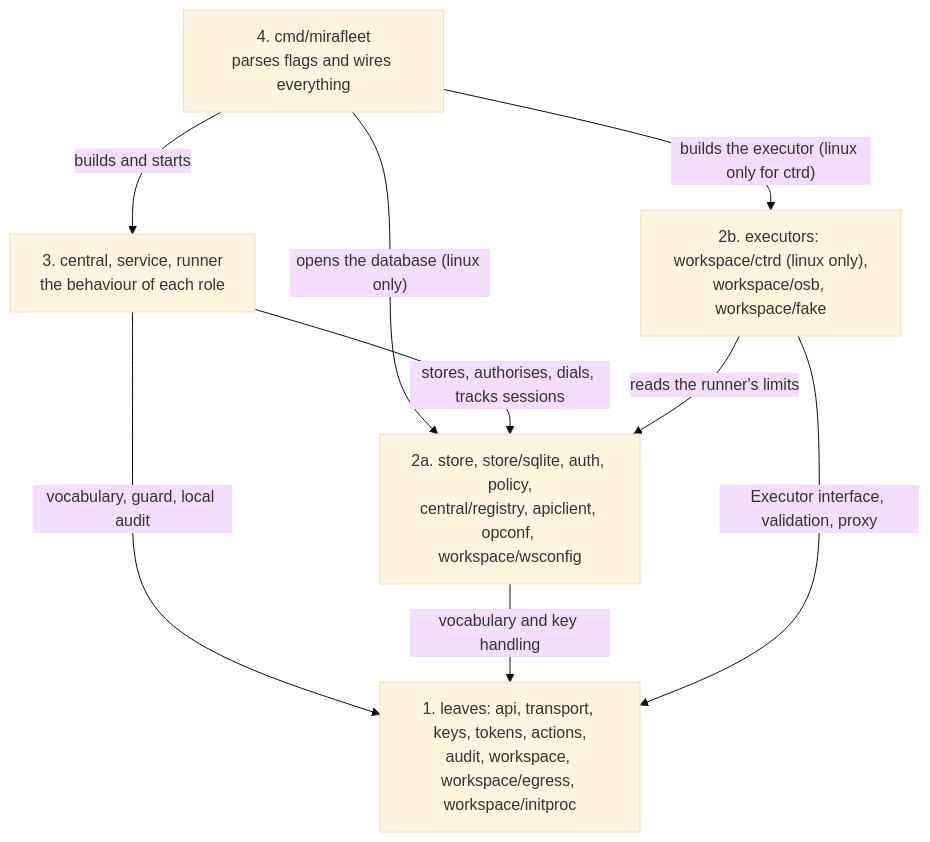
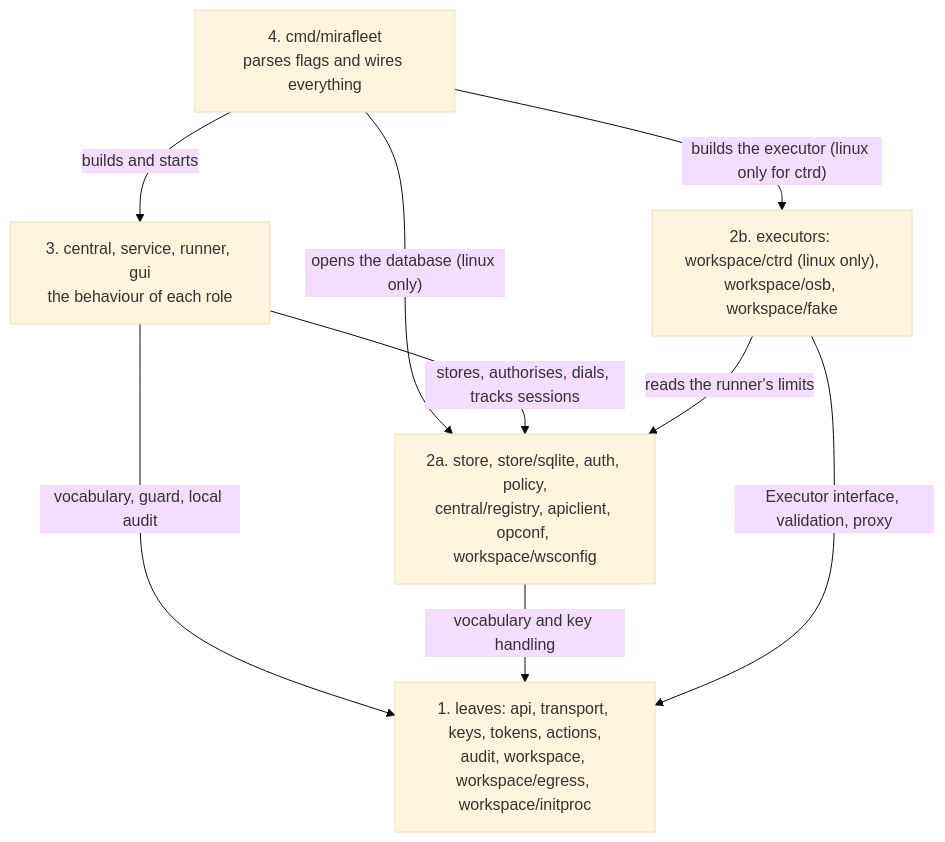
One commit to mirastacklabs-ai/mirafleet changed the diagram in docs/guide/08-code-tour.md. Above: the diagram before and after it, drawn with Mermaid (base theme). The commit also changed other lines of this file and 9 other files, not shown here.

First line of the commit message:
docs(M4 S18b): developer guide chapters 7-12 and the two GUI diagrams

````diff
--- a/docs/guide/08-code-tour.md
+++ b/docs/guide/08-code-tour.md
@@ -114,17 +120,17 @@
 ```mermaid
 flowchart TD
     cmd["4. cmd/mirafleet<br/>parses flags and wires everything"]
-    top["3. central, service, runner<br/>the behaviour of each role"]
+    top["3. central, service, runner, gui<br/>the behaviour of each role"]
     exe["2b. executors: workspace/ctrd (linux only),<br/>workspace/osb, workspace/fake"]
     mid["2a. store, store/sqlite, auth, policy,<br/>central/registry, apiclient, opconf, workspace/wsconfig"]
     leaf["1. leaves: api, transport, keys, tokens, actions,<br/>audit, workspace, workspace/egress, workspace/initproc"]
 
     cmd -->|"builds and starts"| top
     cmd -->|"opens the database (linux only)"| mid
     cmd -->|"builds the executor (linux only for ctrd)"| exe
     top -->|"stores, authorises, dials, tracks sessions"| mid
     top -->|"vocabulary, guard, local audit"| leaf
     mid -->|"vocabulary and key handling"| leaf
     exe -->|"Executor interface, validation, proxy"| leaf
     exe -->|"reads the runner's limits"| mid
 ```
````
